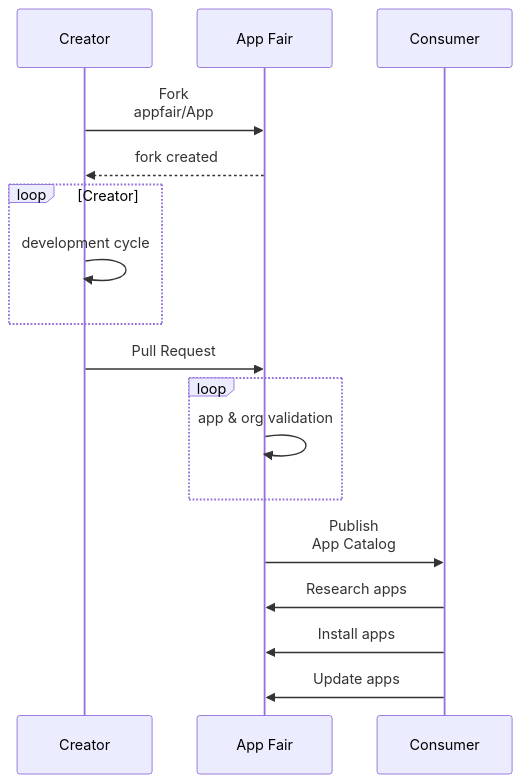
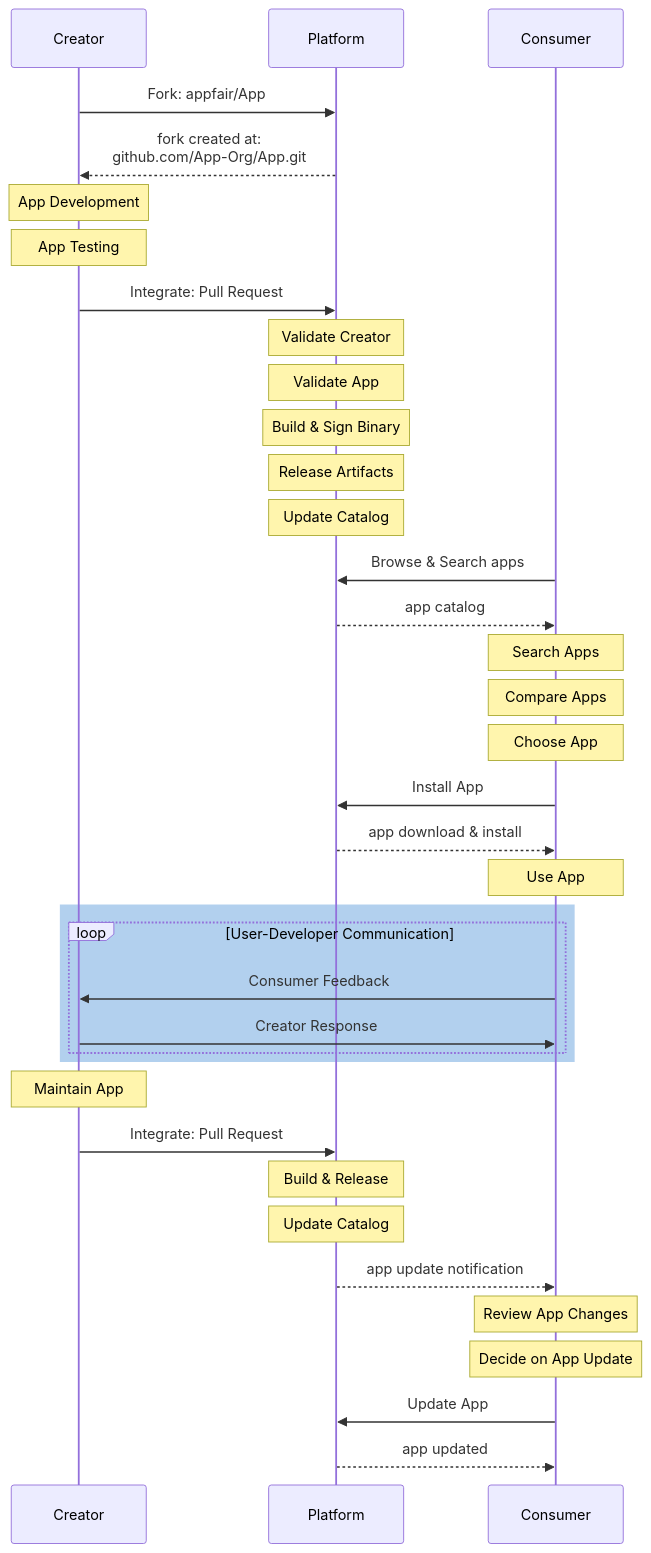
The diagram in assets/fairground.mmd (emilypx/appfair.github.io), drawn with Mermaid before and after one commit. The commit also changed 2 other files, not shown here.

```diff
--- a/assets/fairground.mmd
+++ b/assets/fairground.mmd
@@ -1,15 +1,37 @@
 sequenceDiagram
-    # see: https://mermaid-js.github.io/mermaid/#/sequenceDiagram
-    Creator->>App Fair: Fork<br />appfair/App
-    App Fair-->>Creator: fork created
-    loop Creator
-        Creator->>Creator: development cycle
+    %% see: https://mermaid-js.github.io/mermaid/#/sequenceDiagram
+    Creator->>Platform: Fork: appfair/App
+    Platform-->>Creator: fork created at:<br />github.com/App-Org/App.git
+    Note over Creator: App Development
+    Note over Creator: App Testing
+    Creator->>Platform: Integrate: Pull Request
+    Note over Platform: Validate Creator
+    Note over Platform: Validate App
+    Note over Platform: Build & Sign Binary
+    Note over Platform: Release Artifacts
+    Note over Platform: Update Catalog
+    Consumer->>Platform: Browse & Search apps
+    Platform-->>Consumer: app catalog
+    Note over Consumer: Search Apps
+    Note over Consumer: Compare Apps
+    Note over Consumer: Choose App
+    Consumer->>Platform: Install App
+    Platform-->>Consumer: app download & install
+    Note over Consumer: Use App
+
+    rect rgb(0, 100, 200, 0.3)
+        loop User-Developer Communication
+            Consumer->>Creator: Consumer Feedback
+            Creator->>Consumer: Creator Response
+        end
     end
-    Creator->>App Fair: Pull Request
-    loop
-        App Fair->>App Fair: app & org validation
-    end
-    App Fair->>Consumer: Publish<br />App Catalog
-    Consumer->>App Fair: Research apps
-    Consumer->>App Fair: Install apps
-    Consumer->>App Fair: Update apps
+
+    Note over Creator: Maintain App
+    Creator->>Platform: Integrate: Pull Request
+    Note over Platform: Build & Release
+    Note over Platform: Update Catalog
+    Platform-->>Consumer: app update notification
+    Note over Consumer: Review App Changes
+    Note over Consumer: Decide on App Update
+    Consumer->>Platform: Update App
+    Platform-->>Consumer: app updated
```
